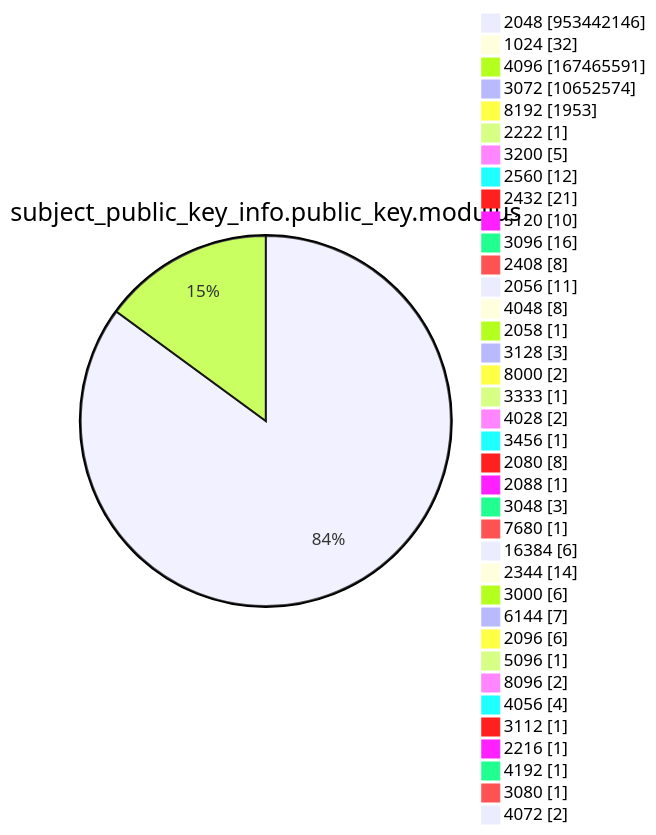
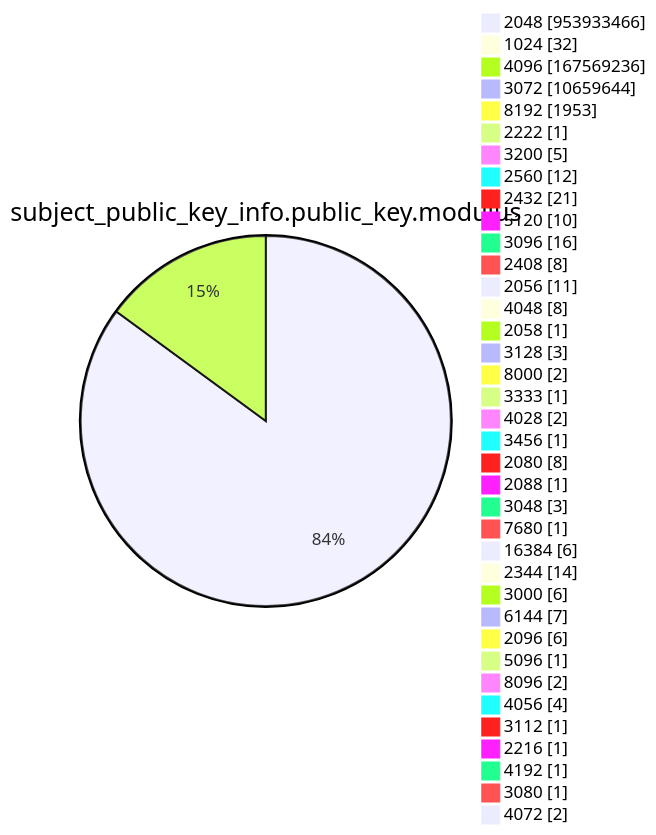
One commit to christiankrug/ctmonitor_visualization changed diagram 13 of 15 in argon2022/README.md. Above: the diagram before and after it, drawn with Mermaid. The commit also changed other lines of this file, not shown here.

````diff
--- a/argon2022/README.md
+++ b/argon2022/README.md
@@ -3585,41 +3585,41 @@
 ```mermaid
 pie showData
 title subject_public_key_info.public_key.modulus
-"2048" :953442146
+"2048" :953933466
 "1024" :32
-"4096" :167465591
-"3072" :10652574
+"4096" :167569236
+"3072" :10659644
 "8192" :1953
 "2222" :1
 "3200" :5
 "2560" :12
 "2432" :21
 "5120" :10
 "3096" :16
 "2408" :8
 "2056" :11
 "4048" :8
 "2058" :1
 "3128" :3
 "8000" :2
 "3333" :1
 "4028" :2
 "3456" :1
 "2080" :8
 "2088" :1
 "3048" :3
 "7680" :1
 "16384" :6
 "2344" :14
 "3000" :6
 "6144" :7
 "2096" :6
 "5096" :1
 "8096" :2
 "4056" :4
 "3112" :1
 "2216" :1
 "4192" :1
 "3080" :1
 "4072" :2
 ```
````
